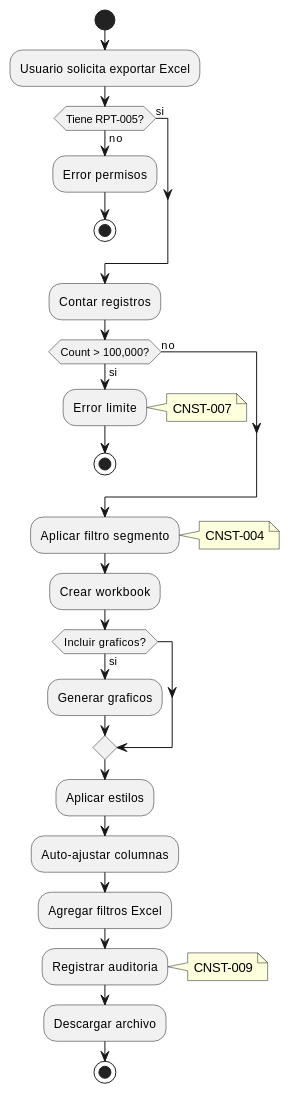
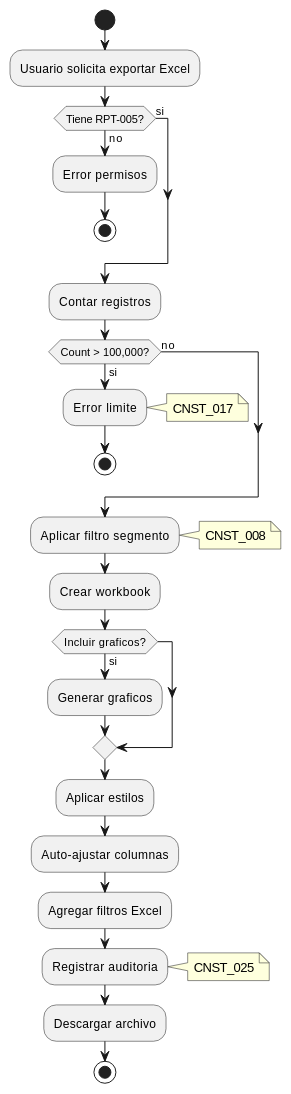
The third of 3 diagrams in source/requisitos/casos_uso/reports/UC_RPT_05_Exportar_Excel.rst (jcg-admin/IACT-docs), drawn with PlantUML before and after one commit. The commit also changed other lines of this file and 67 other files, not shown here.

```diff
--- a/source/requisitos/casos_uso/reports/UC_RPT_05_Exportar_Excel.rst
+++ b/source/requisitos/casos_uso/reports/UC_RPT_05_Exportar_Excel.rst
@@ -290,42 +290,42 @@
 .. uml::
    :caption: Diagrama de Actividad - UC_RPT_05
 
    @startuml
    start
    :Usuario solicita exportar Excel;
 
    if (Tiene RPT-005?) then (no)
      :Error permisos;
      stop
    else (si)
    endif
 
    :Contar registros;
 
    if (Count > 100,000?) then (si)
      :Error limite;
-     note right: CNST-007
+     note right: CNST_017
      stop
    else (no)
    endif
 
    :Aplicar filtro segmento;
-   note right: CNST-004
+   note right: CNST_008
 
    :Crear workbook;
 
    if (Incluir graficos?) then (si)
      :Generar graficos;
    endif
 
    :Aplicar estilos;
    :Auto-ajustar columnas;
    :Agregar filtros Excel;
 
    :Registrar auditoria;
-   note right: CNST-009
+   note right: CNST_025
 
    :Descargar archivo;
 
    stop
    @enduml
```
